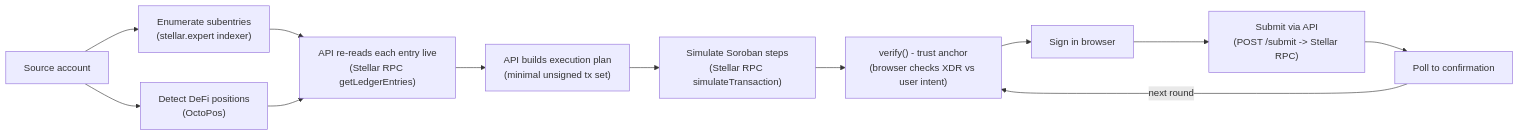
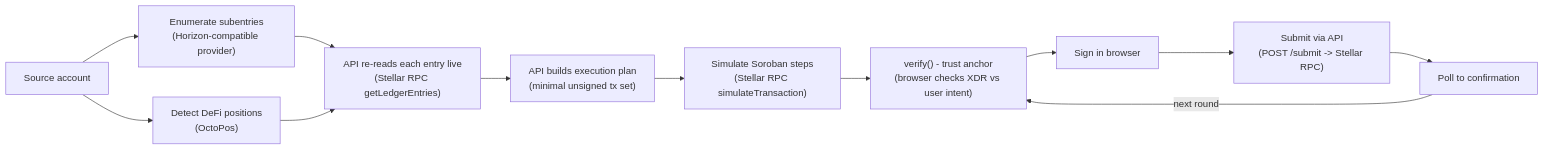
Before and after one commit to LumenWipe/lumenwipe: the diagram in docs/diagrams/02-data-flow.mmd, drawn with Mermaid. The commit also changed 40 other files, not shown here.

First line of the commit message:
Read account state from one Horizon-compatible provider and drop the stellar.expert dependency (#120)

```diff
--- a/docs/diagrams/02-data-flow.mmd
+++ b/docs/diagrams/02-data-flow.mmd
@@ -1,12 +1,12 @@
 flowchart LR
-    acct["Source account"] --> enum["Enumerate subentries<br/>(stellar.expert indexer)"]
+    acct["Source account"] --> enum["Enumerate subentries<br/>(Horizon-compatible provider)"]
     acct --> defiq["Detect DeFi positions<br/>(OctoPos)"]
     enum --> reread["API re-reads each entry live<br/>(Stellar RPC getLedgerEntries)"]
     defiq --> reread
     reread --> plan["API builds execution plan<br/>(minimal unsigned tx set)"]
     plan --> sim["Simulate Soroban steps<br/>(Stellar RPC simulateTransaction)"]
     sim --> verify["verify() - trust anchor<br/>(browser checks XDR vs user intent)"]
     verify --> sign["Sign in browser"]
     sign --> submit["Submit via API<br/>(POST /submit -> Stellar RPC)"]
     submit --> poll["Poll to confirmation"]
     poll -->|"next round"| verify
```
